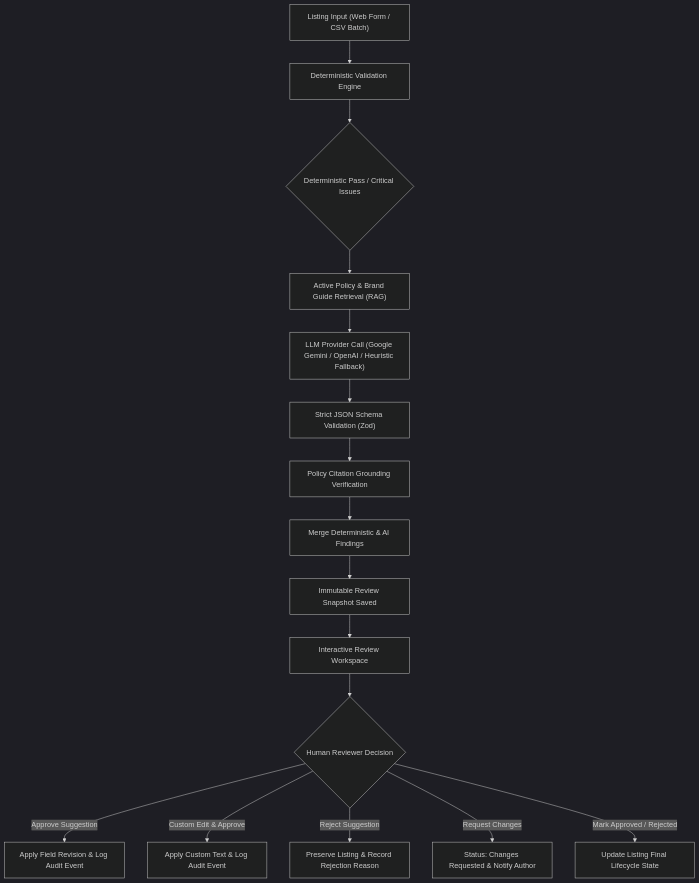
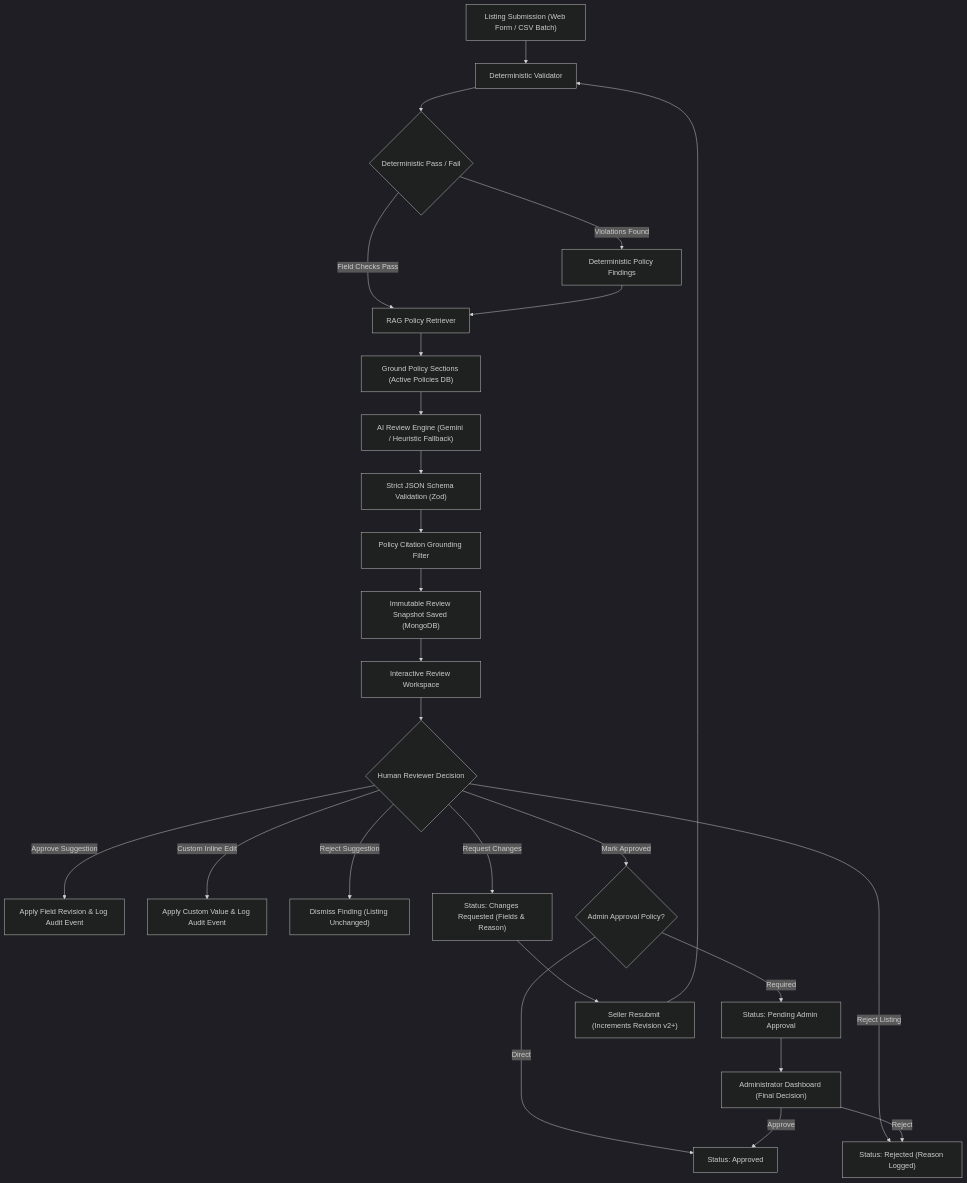
One commit to singhabhi11/marketplace-listing-reviewer changed the first of 3 diagrams in README.md. Above: the diagram before and after it, drawn with Mermaid (dark theme). The commit also changed other lines of this file, not shown here.

Commit message:
docs: add complete project directory tree, clean verified mermaid diagrams, and updated api reference

````diff
--- a/README.md
+++ b/README.md
@@ -45,18 +45,28 @@
 ```mermaid
 flowchart TD
-    A["Listing Input (Web Form / CSV Batch)"] --> B["Deterministic Validation Engine"]
-    B --> C{"Deterministic Pass / Critical Issues"}
-    C --> D["Active Policy & Brand Guide Retrieval (RAG)"]
-    D --> E["LLM Provider Call (Google Gemini / OpenAI / Heuristic Fallback)"]
-    E --> F["Strict JSON Schema Validation (Zod)"]
-    F --> G["Policy Citation Grounding Verification"]
-    G --> H["Merge Deterministic & AI Findings"]
-    H --> I["Immutable Review Snapshot Saved"]
-    I --> J["Interactive Review Workspace"]
-    J --> K{"Human Reviewer Decision"}
-    K -- "Approve Suggestion" --> L["Apply Field Revision & Log Audit Event"]
-    K -- "Custom Edit & Approve" --> M["Apply Custom Text & Log Audit Event"]
-    K -- "Reject Suggestion" --> N["Preserve Listing & Record Rejection Reason"]
-    K -- "Request Changes" --> P["Status: Changes Requested & Notify Author"]
-    K -- "Mark Approved / Rejected" --> O["Update Listing Final Lifecycle State"]
+    A["Listing Submission (Web Form / CSV Batch)"] --> B["Deterministic Validator"]
+    B --> C{"Deterministic Pass / Fail"}
+    C -- "Violations Found" --> D["Deterministic Policy Findings"]
+    C -- "Field Checks Pass" --> E["RAG Policy Retriever"]
+    D --> E
+    E --> F["Ground Policy Sections (Active Policies DB)"]
+    F --> G["AI Review Engine (Gemini / Heuristic Fallback)"]
+    G --> H["Strict JSON Schema Validation (Zod)"]
+    H --> I["Policy Citation Grounding Filter"]
+    I --> J["Immutable Review Snapshot Saved (MongoDB)"]
+    J --> K["Interactive Review Workspace"]
+    K --> L{"Human Reviewer Decision"}
+    L -- "Approve Suggestion" --> M["Apply Field Revision & Log Audit Event"]
+    L -- "Custom Inline Edit" --> N["Apply Custom Value & Log Audit Event"]
+    L -- "Reject Suggestion" --> O["Dismiss Finding (Listing Unchanged)"]
+    L -- "Request Changes" --> P["Status: Changes Requested (Fields & Reason)"]
+    L -- "Mark Approved" --> Q{"Admin Approval Policy?"}
+    Q -- "Required" --> R["Status: Pending Admin Approval"]
+    Q -- "Direct" --> S["Status: Approved"]
+    L -- "Reject Listing" --> T["Status: Rejected (Reason Logged)"]
+    P --> U["Seller Resubmit (Increments Revision v2+)"]
+    U --> B
+    R --> V["Administrator Dashboard (Final Decision)"]
+    V -- "Approve" --> S
+    V -- "Reject" --> T
 ```
````
